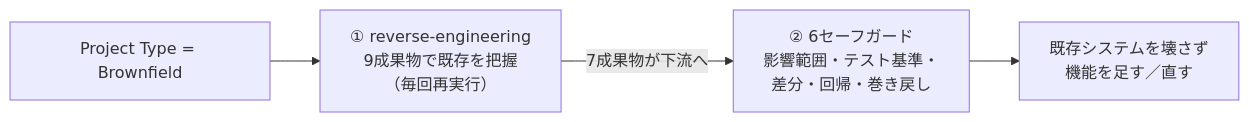
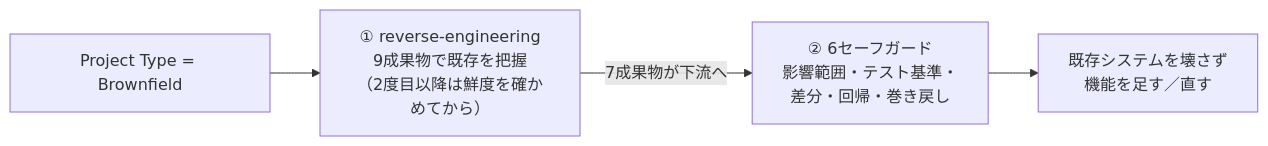
Before and after one commit to takeshishimada/qiita-docs: the second of 2 diagrams in public/aidlc-v2-09-brownfield.md, drawn with Mermaid. The commit also changed other lines of this file and 23 other files, not shown here.

````diff
--- a/public/aidlc-v2-09-brownfield.md
+++ b/public/aidlc-v2-09-brownfield.md
@@ -130,6 +142,6 @@
 ```mermaid
 flowchart LR
-    Type[Project Type = Brownfield] --> RE["① reverse-engineering<br/>9成果物で既存を把握<br/>（毎回再実行）"]
+    Type[Project Type = Brownfield] --> RE["① reverse-engineering<br/>9成果物で既存を把握<br/>（2度目以降は鮮度を確かめてから）"]
     RE -->|7成果物が下流へ| SG["② 6セーフガード<br/>影響範囲・テスト基準・<br/>差分・回帰・巻き戻し"]
     SG --> OK[既存システムを壊さず<br/>機能を足す／直す]
 ```
````
